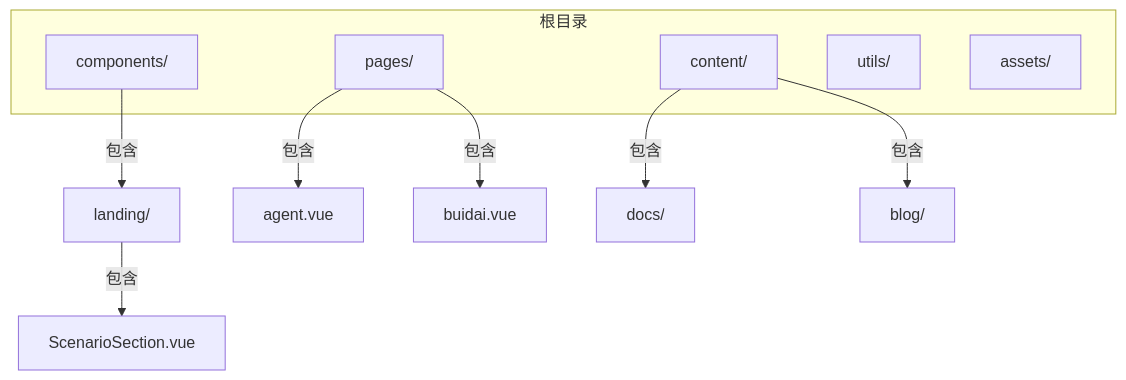
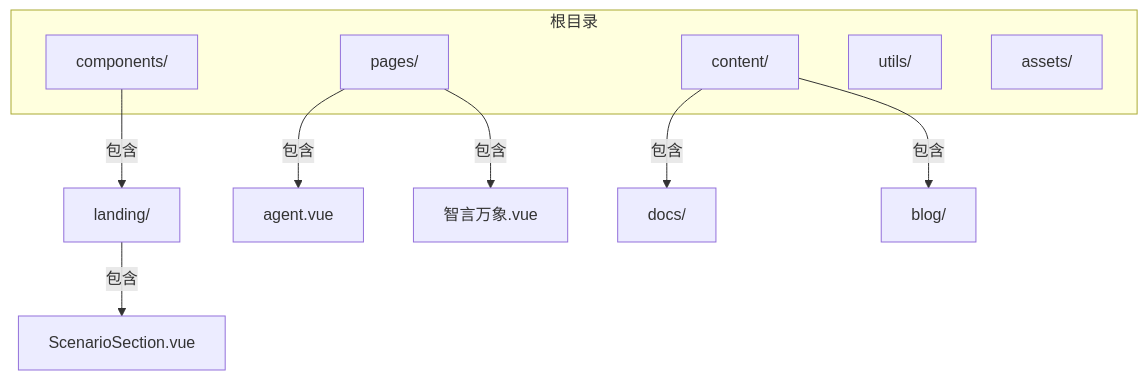
Before and after one commit to lllyyysss77/buidai: the first of 7 diagrams in .qoder/repowiki/zh/content/核心功能/行业场景解决方案/Dify与扣子工作流导入/Dify与扣子工作流导入.md, drawn with Mermaid. The commit also changed other lines of this file and 163 other files, not shown here.

````diff
--- a/.qoder/repowiki/zh/content/核心功能/行业场景解决方案/Dify与扣子工作流导入/Dify与扣子工作流导入.md
+++ b/.qoder/repowiki/zh/content/核心功能/行业场景解决方案/Dify与扣子工作流导入/Dify与扣子工作流导入.md
@@ -31,16 +31,16 @@
 ```mermaid
 graph TB
 subgraph "根目录"
 components["components/"]
 pages["pages/"]
 content["content/"]
 utils["utils/"]
 assets["assets/"]
 end
 components --> |包含| landing["landing/"]
 landing --> |包含| ScenarioSection["ScenarioSection.vue"]
 pages --> |包含| agent["agent.vue"]
-pages --> |包含| buidai["buidai.vue"]
+pages --> |包含| 智言万象["智言万象.vue"]
 content --> |包含| docs["docs/"]
 content --> |包含| blog["blog/"]
 ```
````
